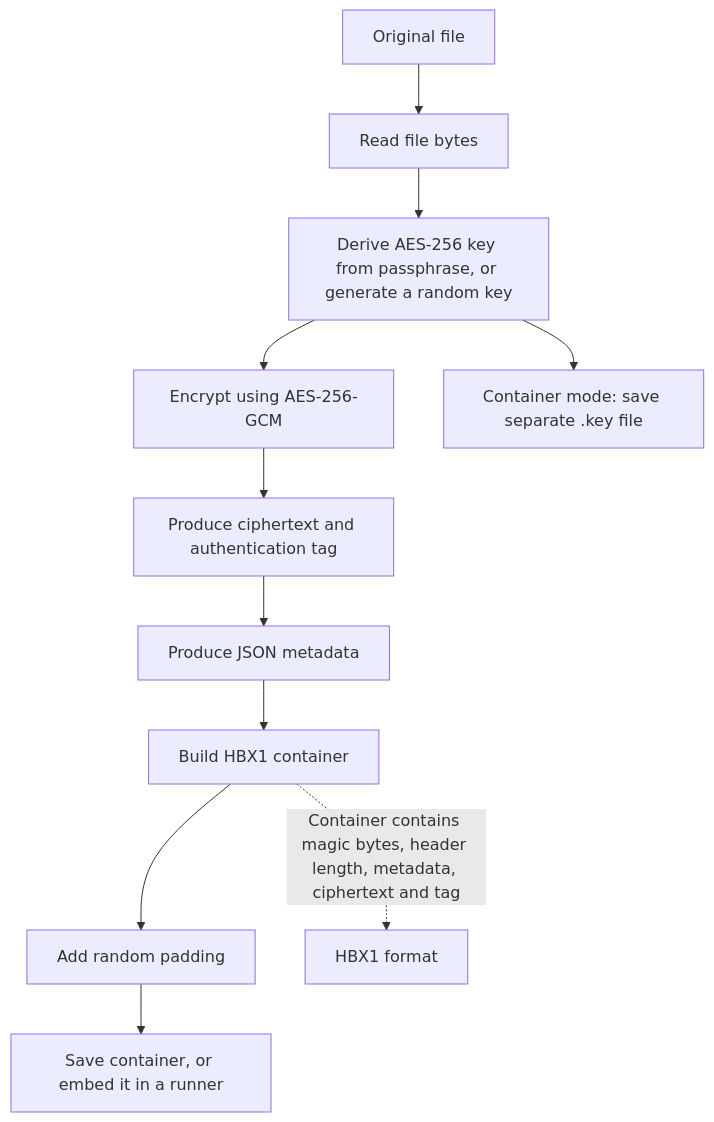
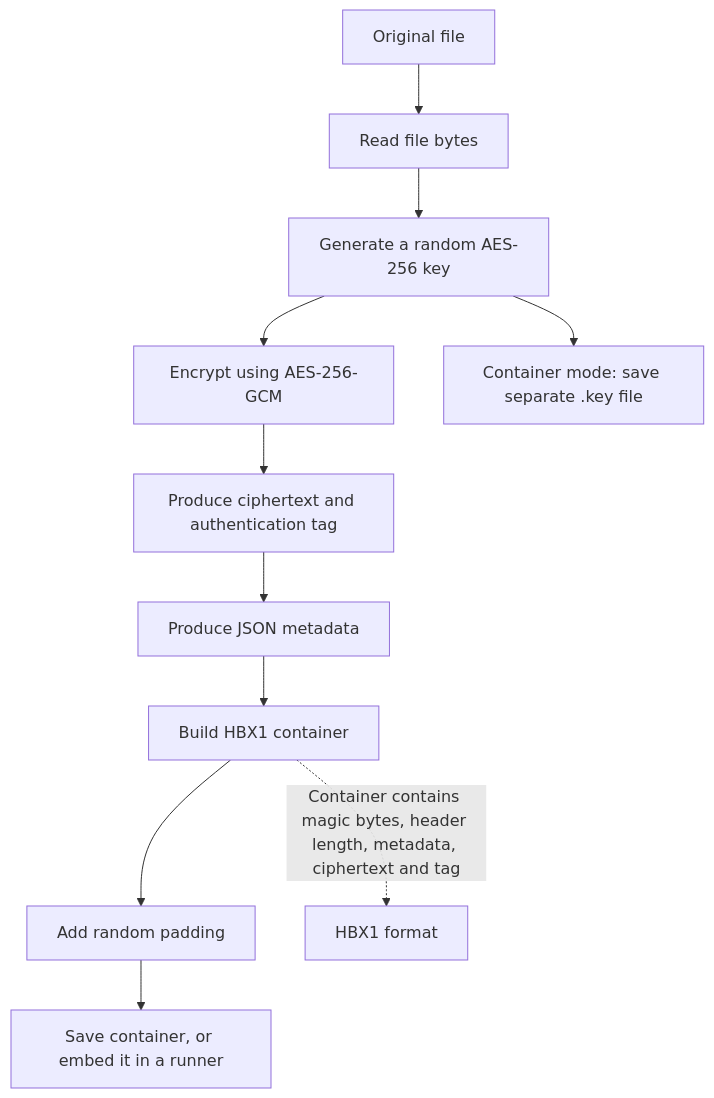
Before and after one commit to fahdaguenouz/hidden-bytes: the first of 8 diagrams in README.md, drawn with Mermaid. The commit also changed other lines of this file and 6 other files, not shown here.

````diff
--- a/README.md
+++ b/README.md
@@ -63,14 +64,14 @@
 ```mermaid
 flowchart TD
     A["Original file"] --> B["Read file bytes"]
-    B --> C["Derive AES-256 key from passphrase, or generate a random key"]
+    B --> C["Generate a random AES-256 key"]
     C --> D["Encrypt using AES-256-GCM"]
     D --> E["Produce ciphertext and authentication tag"]
     E --> F["Produce JSON metadata"]
     F --> G["Build HBX1 container"]
     G --> H["Add random padding"]
     H --> I["Save container, or embed it in a runner"]
     C --> J["Container mode: save separate .key file"]
 
     G -. "Container contains magic bytes, header length, metadata, ciphertext and tag" .-> K["HBX1 format"]
 ```
````
